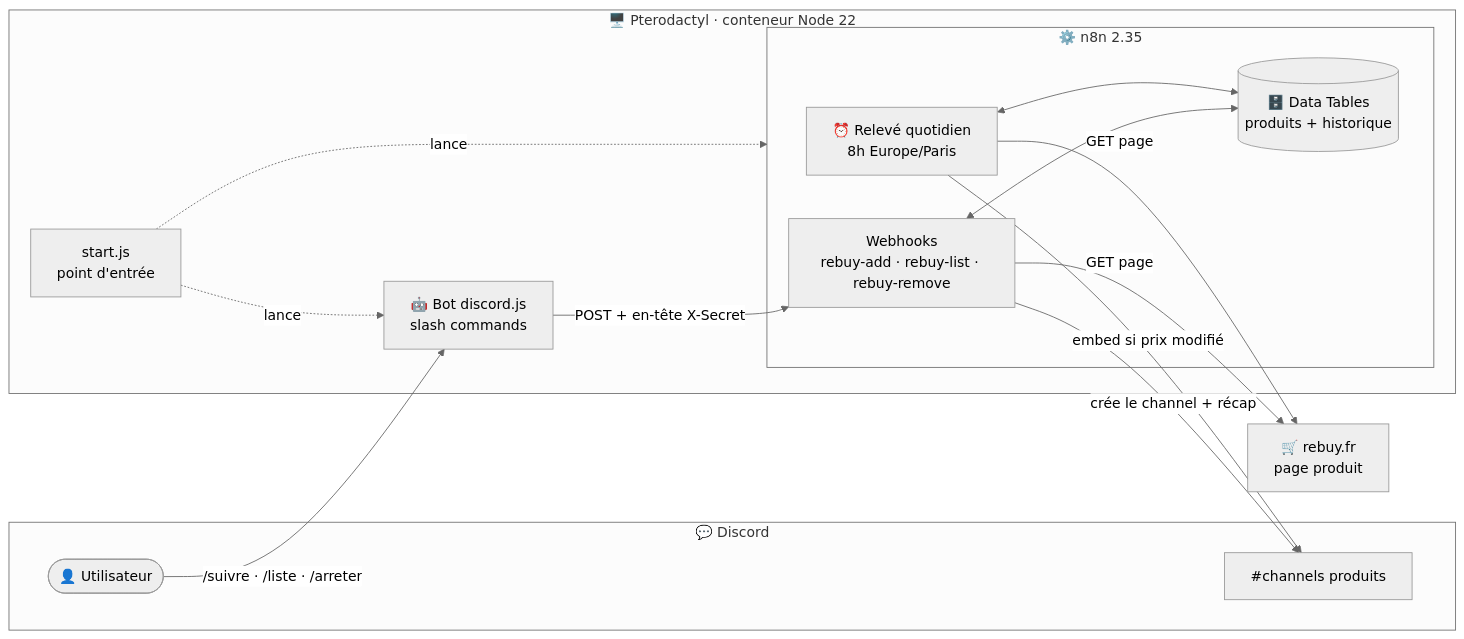
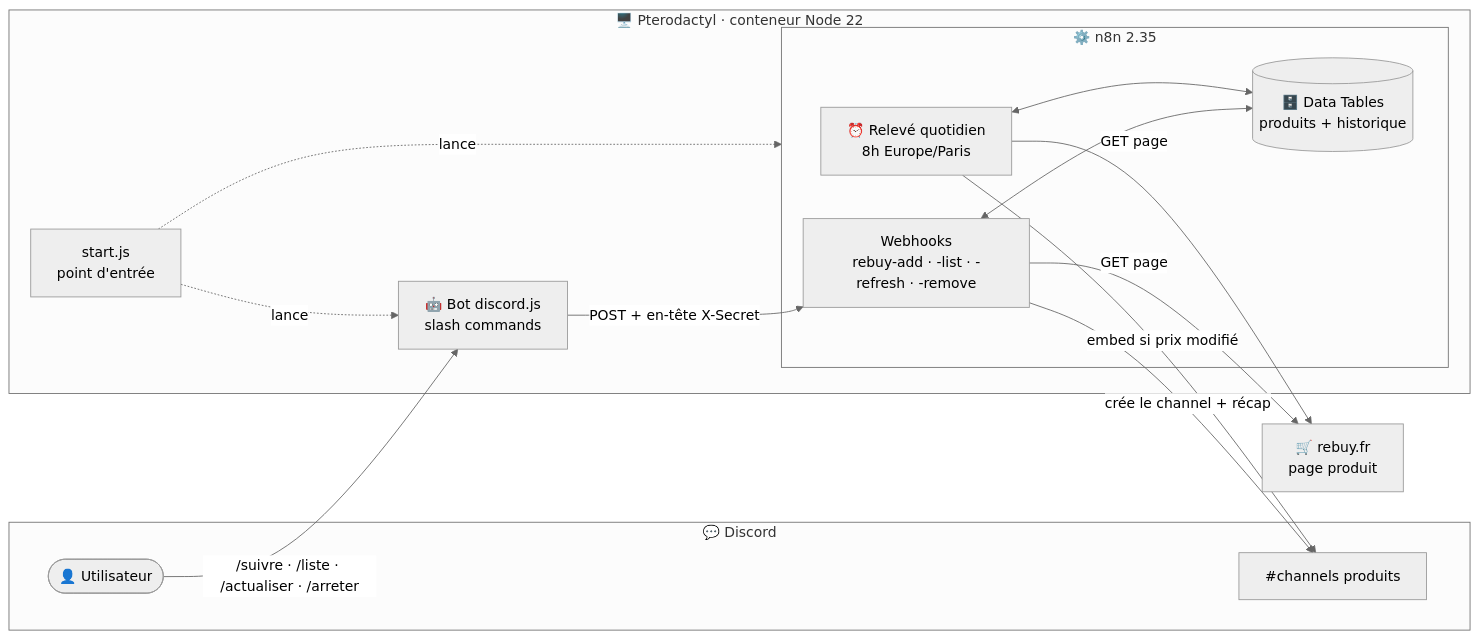
One commit to bastianfbr/rebuy-auto changed the first of 8 diagrams in docs/architecture.md. Above: the diagram before and after it, drawn with Mermaid (neutral theme). The commit also changed other lines of this file and 3 other files, not shown here.

````diff
--- a/docs/architecture.md
+++ b/docs/architecture.md
@@ -7,30 +7,30 @@
 ```mermaid
 flowchart LR
     subgraph DISCORD["💬 Discord"]
         U(["👤 Utilisateur"])
         CH["#channels produits"]
     end
 
     subgraph HOST["🖥️ Pterodactyl · conteneur Node 22"]
         S["start.js<br/>point d'entrée"]
         B["🤖 Bot discord.js<br/>slash commands"]
         subgraph N8N["⚙️ n8n 2.35"]
-            WH["Webhooks<br/>rebuy-add · rebuy-list · rebuy-remove"]
+            WH["Webhooks<br/>rebuy-add · -list · -refresh · -remove"]
             CRON["⏰ Relevé quotidien<br/>8h Europe/Paris"]
             DT[("🗄️ Data Tables<br/>produits + historique")]
         end
     end
 
     R["🛒 rebuy.fr<br/>page produit"]
 
-    U -- "/suivre · /liste · /arreter" --> B
+    U -- "/suivre · /liste · /actualiser · /arreter" --> B
     B -- "POST + en-tête X-Secret" --> WH
     WH <--> DT
     CRON <--> DT
     WH -- "GET page" --> R
     CRON -- "GET page" --> R
     WH -- "crée le channel + récap" --> CH
     CRON -- "embed si prix modifié" --> CH
     S -. lance .-> B
     S -. lance .-> N8N
 ```
````
